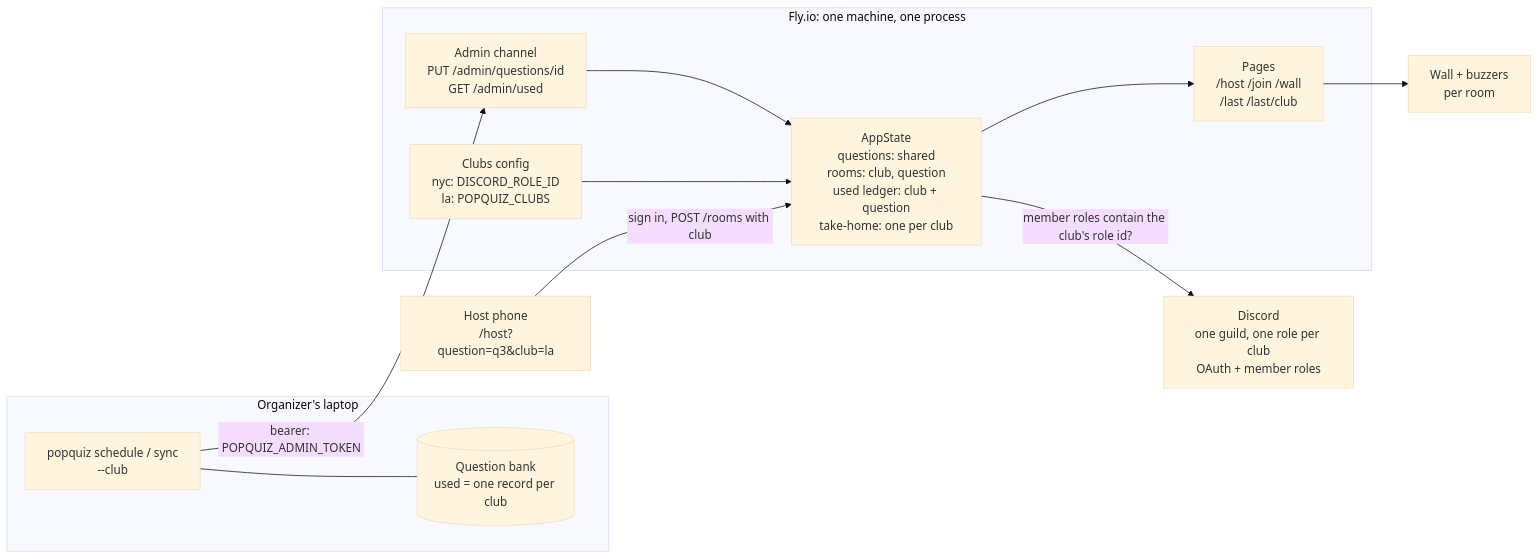
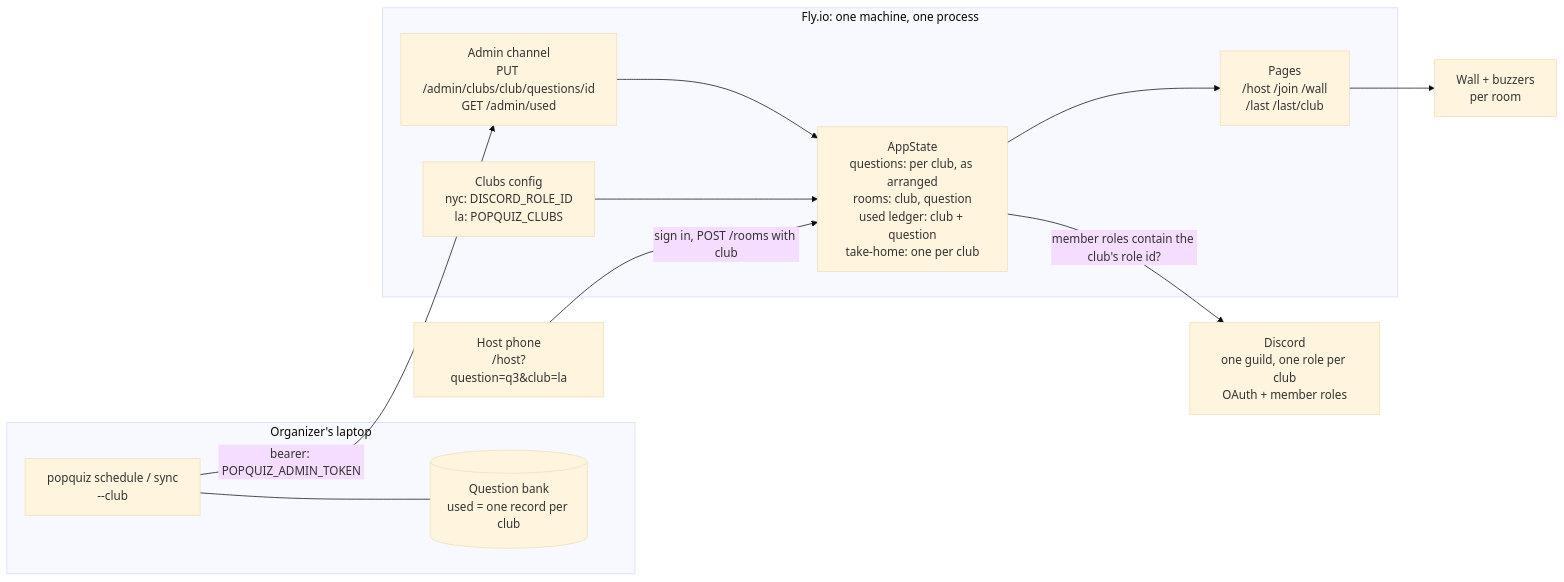
The first of 2 diagrams in docs/adr/0001-several-clubs-on-one-room-server.md (mrojas54/rust-nyc-pop-quiz), drawn with Mermaid (base theme) before and after one commit. The commit also changed other lines of this file and 11 other files, not shown here.

````diff
--- a/docs/adr/0001-several-clubs-on-one-room-server.md
+++ b/docs/adr/0001-several-clubs-on-one-room-server.md
@@ -52,24 +59,24 @@
 ```mermaid
 flowchart LR
   subgraph laptop["Organizer's laptop"]
     pq["popquiz schedule / sync<br/>--club"]
     bank[("Question bank<br/>used = one record per club")]
     pq --- bank
   end
   subgraph fly["Fly.io: one machine, one process"]
-    admin["Admin channel<br/>PUT /admin/questions/id<br/>GET /admin/used"]
-    state["AppState<br/>questions: shared<br/>rooms: club, question<br/>used ledger: club + question<br/>take-home: one per club"]
+    admin["Admin channel<br/>PUT /admin/clubs/club/questions/id<br/>GET /admin/used"]
+    state["AppState<br/>questions: per club, as arranged<br/>rooms: club, question<br/>used ledger: club + question<br/>take-home: one per club"]
     cfg["Clubs config<br/>nyc: DISCORD_ROLE_ID<br/>la: POPQUIZ_CLUBS"]
     pages["Pages<br/>/host  /join  /wall<br/>/last  /last/club"]
     admin --> state
     cfg --> state
     state --> pages
   end
   discord["Discord<br/>one guild, one role per club<br/>OAuth + member roles"]
   host["Host phone<br/>/host?question=q3&club=la"]
   wall["Wall + buzzers<br/>per room"]
   pq -- "bearer: POPQUIZ_ADMIN_TOKEN" --> admin
   host -- "sign in, POST /rooms with club" --> state
   state -- "member roles contain the club's role id?" --> discord
   pages --> wall
 ```
````
